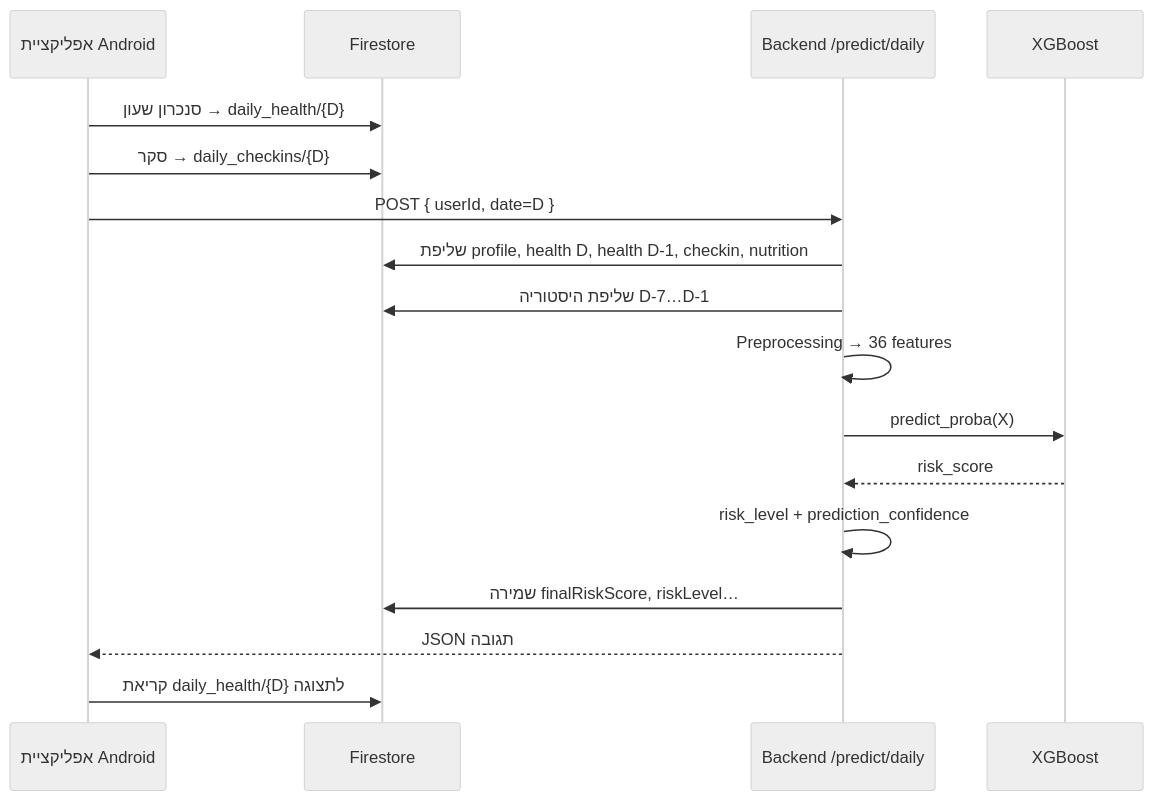
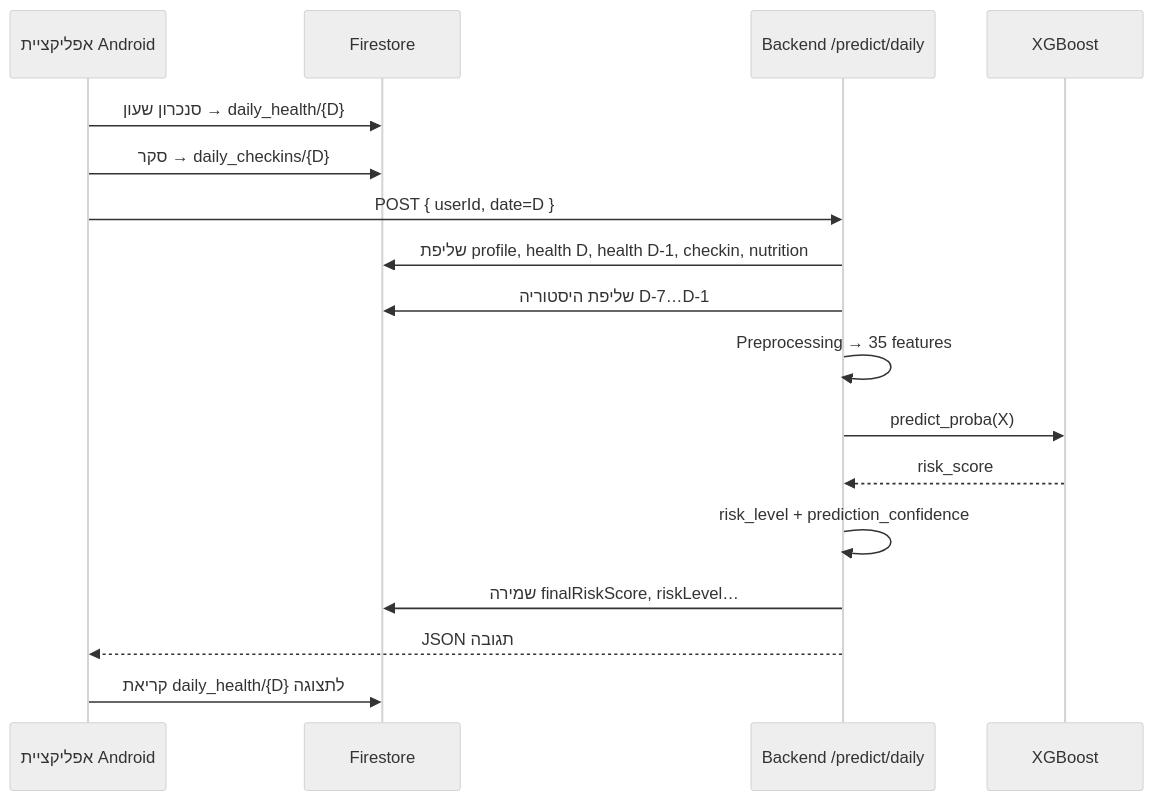
The diagram in backend/docs/RISK_SCORE.md (yahav97/final_project_AthleAgent), drawn with Mermaid (neutral theme) before and after one commit. The commit also changed other lines of this file and 46 other files, not shown here.

````diff
--- a/backend/docs/RISK_SCORE.md
+++ b/backend/docs/RISK_SCORE.md
@@ -154,20 +154,20 @@
 ```mermaid
 sequenceDiagram
     participant App as אפליקציית Android
     participant FS as Firestore
     participant API as Backend /predict/daily
     participant ML as XGBoost
 
     App->>FS: סנכרון שעון → daily_health/{D}
     App->>FS: סקר → daily_checkins/{D}
     App->>API: POST { userId, date=D }
     API->>FS: שליפת profile, health D, health D-1, checkin, nutrition
     API->>FS: שליפת היסטוריה D-7…D-1
-    API->>API: Preprocessing → 36 features
+    API->>API: Preprocessing → 35 features
     API->>ML: predict_proba(X)
     ML-->>API: risk_score
     API->>API: risk_level + prediction_confidence
     API->>FS: שמירה finalRiskScore, riskLevel…
     API-->>App: JSON תגובה
     App->>FS: קריאת daily_health/{D} לתצוגה
 ```
````
